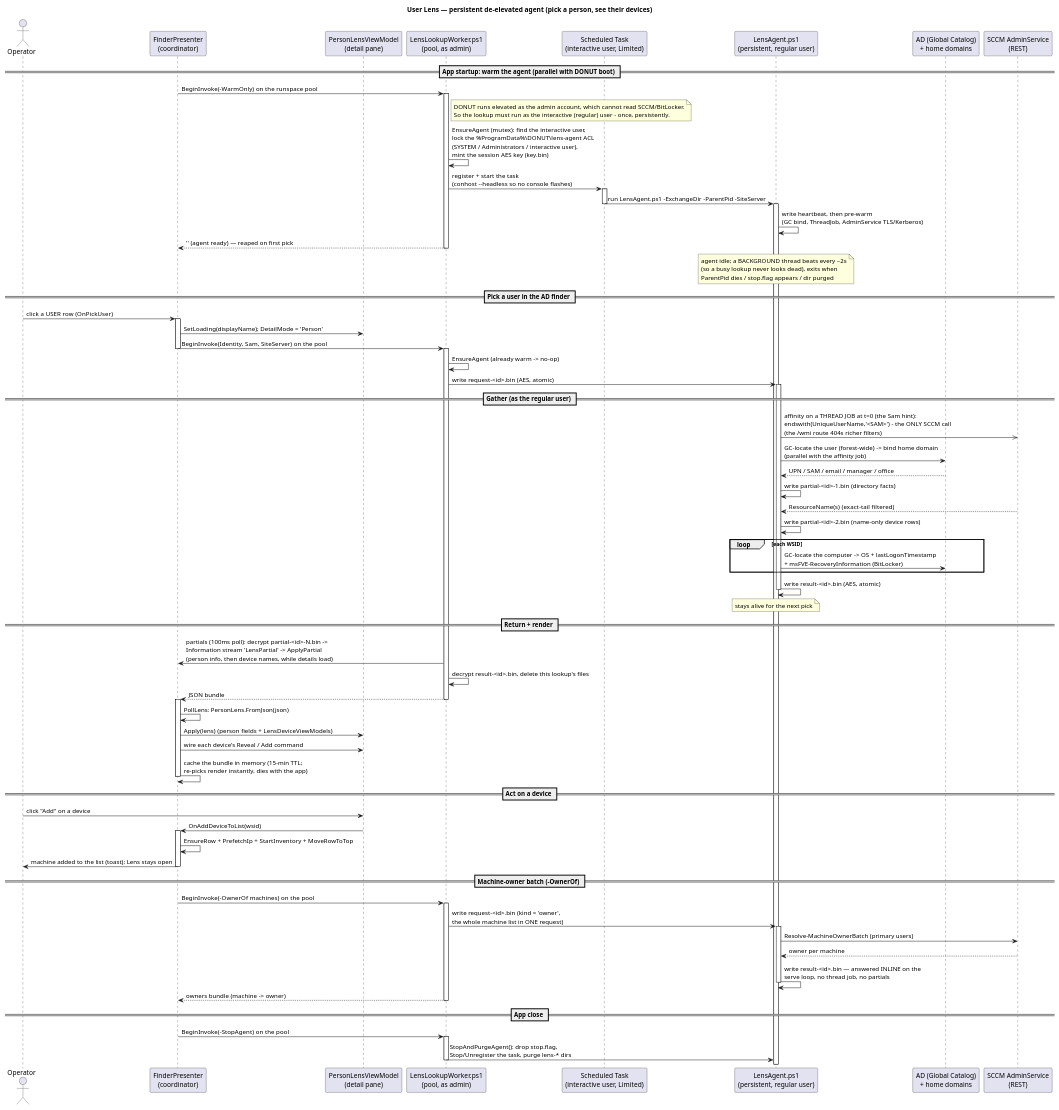
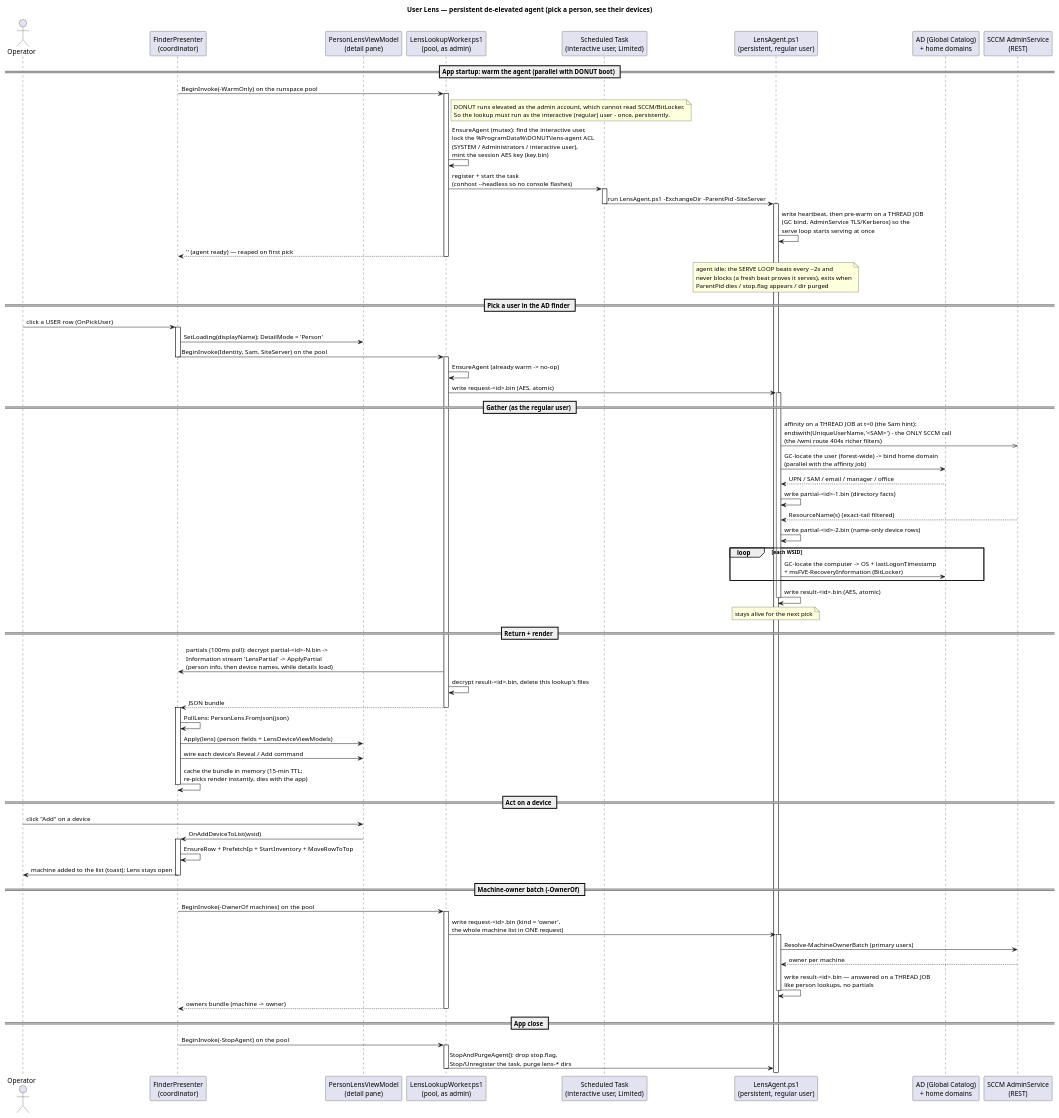
Before and after one commit to Danial-Changez/DONUT: the diagram in docs/diagrams/lens_lookup_sequence_diagram.puml, drawn with PlantUML. The commit also changed 2 other files, not shown here.

Commit message:
docs: the lens docs catch up with a loop that never waits

```diff
--- a/docs/diagrams/lens_lookup_sequence_diagram.puml
+++ b/docs/diagrams/lens_lookup_sequence_diagram.puml
@@ -1,93 +1,93 @@
 @startuml lens_lookup_sequence_diagram
 title User Lens — persistent de-elevated agent (pick a person, see their devices)
 
 actor Operator as OP
 participant "FinderPresenter\n(coordinator)" as P
 participant "PersonLensViewModel\n(detail pane)" as VM
 participant "LensLookupWorker.ps1\n(pool, as admin)" as PW
 participant "Scheduled Task\n(interactive user, Limited)" as TASK
 participant "LensAgent.ps1\n(persistent, regular user)" as AG
 participant "AD (Global Catalog)\n+ home domains" as AD
 participant "SCCM AdminService\n(REST)" as SCCM
 
 == App startup: warm the agent (parallel with DONUT boot) ==
 P -> PW : BeginInvoke(-WarmOnly)  on the runspace pool
 activate PW
 note right of PW
   DONUT runs elevated as the admin account, which cannot read SCCM/BitLocker.
   So the lookup must run as the interactive (regular) user - once, persistently.
 end note
 PW -> PW : EnsureAgent (mutex): find the interactive user,\nlock the %ProgramData%\\DONUT\\lens-agent ACL\n(SYSTEM / Administrators / interactive user),\nmint the session AES key (key.bin)
 PW -> TASK : register + start the task\n(conhost --headless so no console flashes)
 activate TASK
 TASK -> AG : run LensAgent.ps1 -ExchangeDir -ParentPid -SiteServer
 deactivate TASK
 activate AG
-AG -> AG : write heartbeat, then pre-warm\n(GC bind, ThreadJob, AdminService TLS/Kerberos)
+AG -> AG : write heartbeat, then pre-warm on a THREAD JOB\n(GC bind, AdminService TLS/Kerberos) so the\nserve loop starts serving at once
 PW --> P : '' (agent ready) — reaped on first pick
 deactivate PW
-note over AG : agent idle; a BACKGROUND thread beats every ~2s\n(so a busy lookup never looks dead), exits when\nParentPid dies / stop.flag appears / dir purged
+note over AG : agent idle; the SERVE LOOP beats every ~2s and\nnever blocks (a fresh beat proves it serves), exits when\nParentPid dies / stop.flag appears / dir purged
 
 == Pick a user in the AD finder ==
 OP -> P : click a USER row  (OnPickUser)
 activate P
 P -> VM : SetLoading(displayName); DetailMode = 'Person'
 P -> PW : BeginInvoke(Identity, Sam, SiteServer)  on the pool
 deactivate P
 activate PW
 PW -> PW : EnsureAgent (already warm -> no-op)
 PW -> AG : write request-<id>.bin (AES, atomic)
 activate AG
 
 == Gather (as the regular user) ==
 AG ->> SCCM : affinity on a THREAD JOB at t=0 (the Sam hint):\nendswith(UniqueUserName,'<SAM>') - the ONLY SCCM call\n(the /wmi route 404s richer filters)
 AG -> AD : GC-locate the user (forest-wide) -> bind home domain\n(parallel with the affinity job)
 AD --> AG : UPN / SAM / email / manager / office
 AG -> AG : write partial-<id>-1.bin (directory facts)
 SCCM --> AG : ResourceName(s)  (exact-tail filtered)
 AG -> AG : write partial-<id>-2.bin (name-only device rows)
 loop each WSID
   AG -> AD : GC-locate the computer -> OS + lastLogonTimestamp\n+ msFVE-RecoveryInformation (BitLocker)
 end
 AG -> AG : write result-<id>.bin (AES, atomic)
 deactivate AG
 note over AG : stays alive for the next pick
 
 == Return + render ==
 PW -> P : partials (100ms poll): decrypt partial-<id>-N.bin ->\nInformation stream 'LensPartial' -> ApplyPartial\n(person info, then device names, while details load)
 PW -> PW : decrypt result-<id>.bin, delete this lookup's files
 PW --> P : JSON bundle
 deactivate PW
 activate P
 P -> P : PollLens: PersonLens.FromJson(json)
 P -> VM : Apply(lens)  (person fields + LensDeviceViewModels)
 P -> VM : wire each device's Reveal / Add command
 P -> P : cache the bundle in memory (15-min TTL;\nre-picks render instantly, dies with the app)
 deactivate P
 
 == Act on a device ==
 OP -> VM : click "Add" on a device
 VM -> P : OnAddDeviceToList(wsid)
 activate P
 P -> P : EnsureRow + PrefetchIp + StartInventory + MoveRowToTop
 P -> OP : machine added to the list (toast); Lens stays open
 deactivate P
 
 == Machine-owner batch (-OwnerOf) ==
 P -> PW : BeginInvoke(-OwnerOf machines)  on the pool
 activate PW
 PW -> AG : write request-<id>.bin (kind = 'owner',\nthe whole machine list in ONE request)
 activate AG
 AG -> SCCM : Resolve-MachineOwnerBatch (primary users)
 SCCM --> AG : owner per machine
-AG -> AG : write result-<id>.bin — answered INLINE on the\nserve loop, no thread job, no partials
+AG -> AG : write result-<id>.bin — answered on a THREAD JOB\nlike person lookups, no partials
 deactivate AG
 PW --> P : owners bundle (machine -> owner)
 deactivate PW
 
 == App close ==
 P -> PW : BeginInvoke(-StopAgent)  on the pool
 activate PW
 PW -> AG : StopAndPurgeAgent(): drop stop.flag,\nStop/Unregister the task, purge lens-* dirs
 deactivate PW
 @enduml
```
